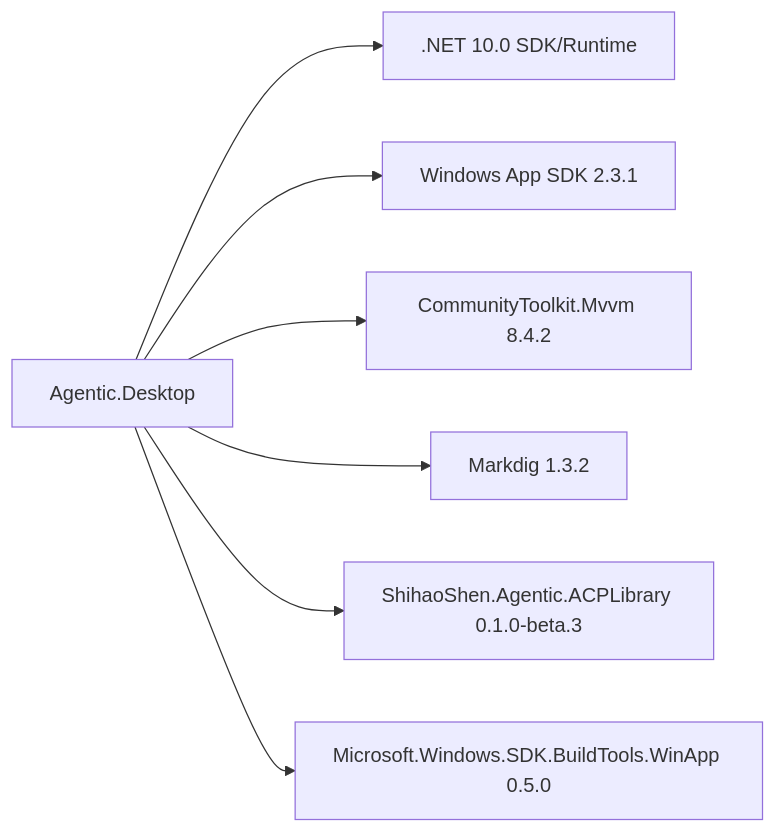
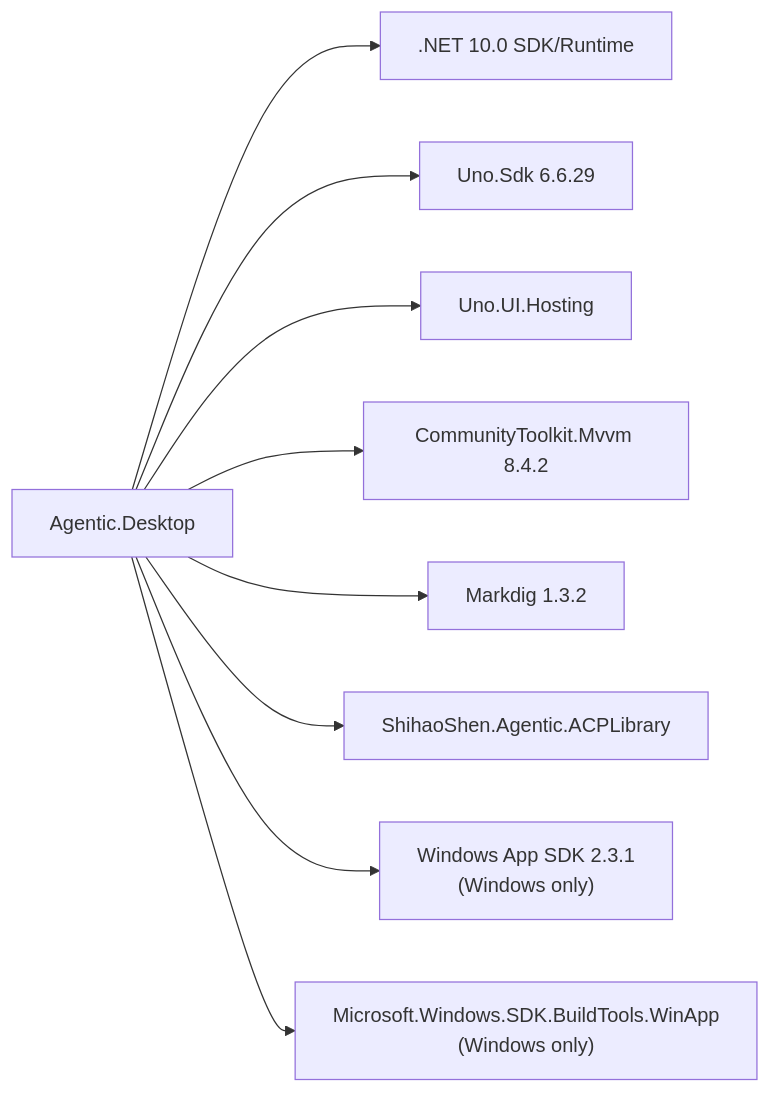
Before and after one commit to AgenticDesktop/App: the third of 3 diagrams in .qoder/repowiki/en/content/Getting Started.md, drawn with Mermaid. The commit also changed other lines of this file and 108 other files, not shown here.

First line of the commit message:
Add support for Uno Desktop and WinUI 3 build scripts

````diff
--- a/.qoder/repowiki/en/content/Getting Started.md
+++ b/.qoder/repowiki/en/content/Getting Started.md
@@ -216,16 +285,20 @@
 ```mermaid
 graph LR
 App["Agentic.Desktop"]
 DotNet[".NET 10.0 SDK/Runtime"]
-WinAppSDK["Windows App SDK 2.3.1"]
+UnoSdk["Uno.Sdk 6.6.29"]
+WinAppSDK["Windows App SDK 2.3.1<br/>(Windows only)"]
 MVVM["CommunityToolkit.Mvvm 8.4.2"]
 MD["Markdig 1.3.2"]
-ACP["ShihaoShen.Agentic.ACPLibrary 0.1.0-beta.3"]
-WinAppCLI["Microsoft.Windows.SDK.BuildTools.WinApp 0.5.0"]
+ACP["ShihaoShen.Agentic.ACPLibrary"]
+WinAppCLI["Microsoft.Windows.SDK.BuildTools.WinApp<br/>(Windows only)"]
+UnoHosting["Uno.UI.Hosting"]
 App --> DotNet
-App --> WinAppSDK
+App --> UnoSdk
+App --> UnoHosting
 App --> MVVM
 App --> MD
 App --> ACP
+App --> WinAppSDK
 App --> WinAppCLI
 ```
````
